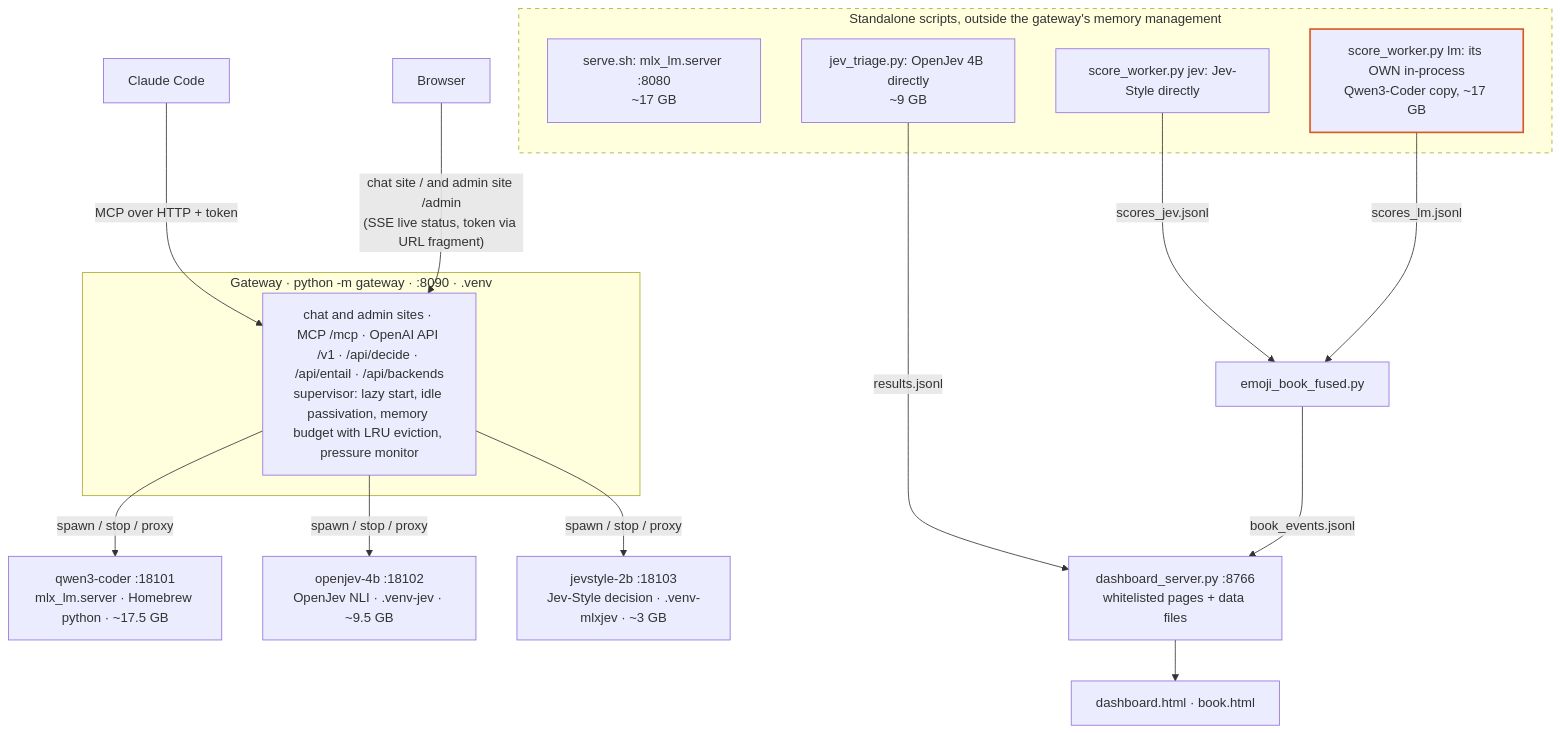
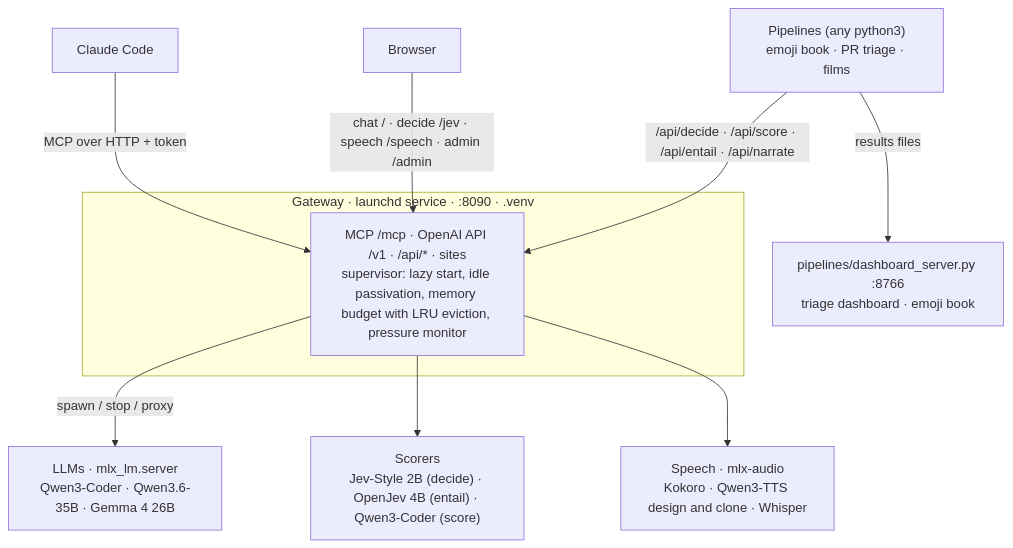
The first of 4 diagrams in README.md (retronym/mlx-lm-setup), drawn with Mermaid before and after one commit. The commit also changed other lines of this file and 3 other files, not shown here.

Commit message:
Docs: README for the current system (architecture, pipelines as gateway clients, MCP tools, files), PLAN phase 7 findings and future work

````diff
--- a/README.md
+++ b/README.md
@@ -45,26 +45,13 @@
 ```mermaid
 flowchart TB
   CC["Claude Code"] -- "MCP over HTTP + token" --> GW
-  BR["Browser"] -- "chat site / and admin site /admin<br/>(SSE live status, token via URL fragment)" --> GW
-  subgraph gw ["Gateway · python -m gateway · :8090 · .venv"]
-    GW["chat and admin sites · MCP /mcp · OpenAI API /v1 · /api/decide · /api/entail · /api/backends<br/>supervisor: lazy start, idle passivation, memory budget with LRU eviction, pressure monitor"]
+  BR["Browser"] -- "chat / · decide /jev · speech /speech · admin /admin" --> GW
+  PL["Pipelines (any python3)<br/>emoji book · PR triage · films"] -- "/api/decide · /api/score · /api/entail · /api/narrate" --> GW
+  subgraph gw ["Gateway · launchd service · :8090 · .venv"]
+    GW["MCP /mcp · OpenAI API /v1 · /api/* · sites<br/>supervisor: lazy start, idle passivation, memory budget with LRU eviction, pressure monitor"]
   end
-  GW -- "spawn / stop / proxy" --> Q["qwen3-coder :18101<br/>mlx_lm.server · Homebrew python · ~17.5 GB"]
-  GW -- "spawn / stop / proxy" --> O["openjev-4b :18102<br/>OpenJev NLI · .venv-jev · ~9.5 GB"]
-  GW -- "spawn / stop / proxy" --> J["jevstyle-2b :18103<br/>Jev-Style decision · .venv-mlxjev · ~3 GB"]
-  subgraph direct ["Standalone scripts, outside the gateway's memory management"]
-    SRV["serve.sh: mlx_lm.server :8080<br/>~17 GB"]
-    TRI["jev_triage.py: OpenJev 4B directly<br/>~9 GB"]
-    JW["score_worker.py jev: Jev-Style directly"]
-    LW["score_worker.py lm: its OWN in-process<br/>Qwen3-Coder copy, ~17 GB"]
-  end
-  DASH["dashboard_server.py :8766<br/>whitelisted pages + data files"]
-  TRI -- "results.jsonl" --> DASH
-  JW -- "scores_jev.jsonl" --> FUS["emoji_book_fused.py"]
-  LW -- "scores_lm.jsonl" --> FUS
-  FUS -- "book_events.jsonl" --> DASH
-  DASH --> PAGES["dashboard.html · book.html"]
-  style direct stroke-dasharray: 5 5
-  classDef warn stroke:#d95926,stroke-width:2px;
-  class LW warn;
+  GW -- "spawn / stop / proxy" --> LLM["LLMs · mlx_lm.server<br/>Qwen3-Coder · Qwen3.6-35B · Gemma 4 26B"]
+  GW --> SC["Scorers<br/>Jev-Style 2B (decide) · OpenJev 4B (entail) · Qwen3-Coder (score)"]
+  GW --> SP["Speech · mlx-audio<br/>Kokoro · Qwen3-TTS design and clone · Whisper"]
+  PL -- "results files" --> DASH["pipelines/dashboard_server.py :8766<br/>triage dashboard · emoji book"]
 ```
````
